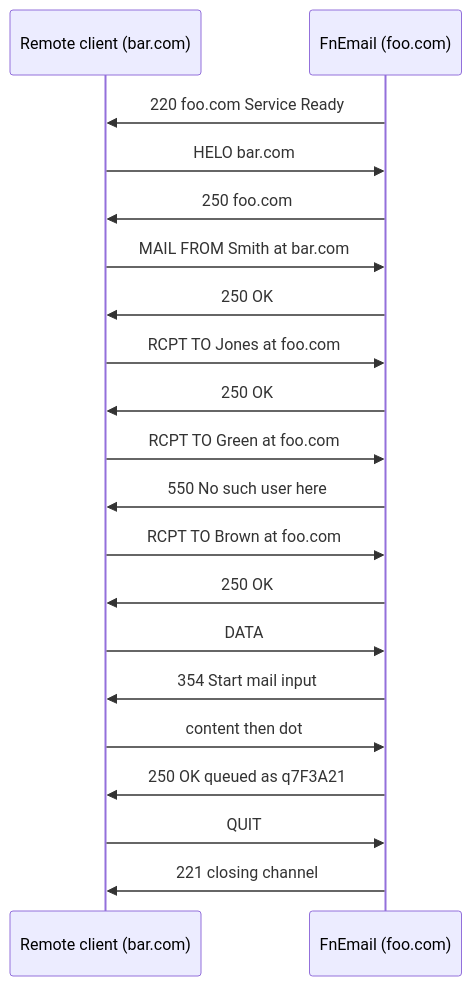
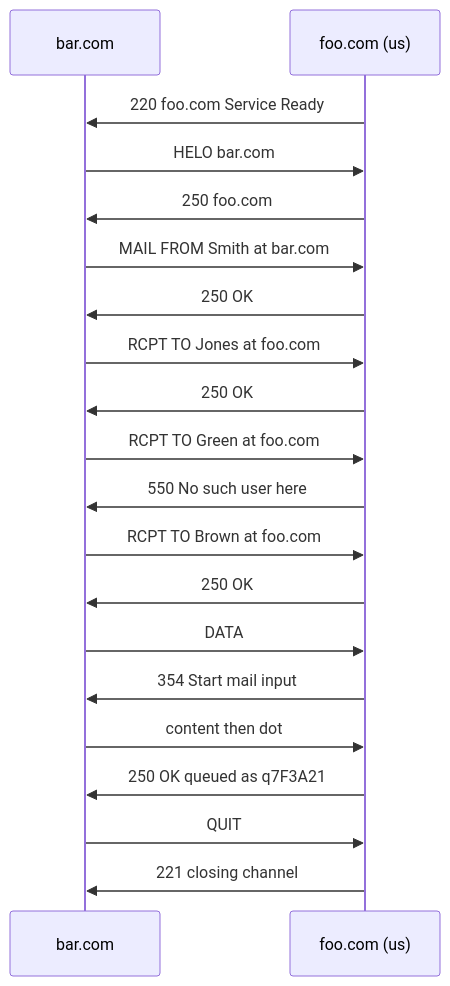
The eighth of 9 diagrams in docs/diagrams/README.md (IvanTheGeek/FnEmail-Model), drawn with Mermaid before and after one commit. The commit also changed other lines of this file, not shown here.

````diff
--- a/docs/diagrams/README.md
+++ b/docs/diagrams/README.md
@@ -267,22 +292,22 @@
 ```mermaid
 sequenceDiagram
-    participant C as Remote client (bar.com)
-    participant S as FnEmail (foo.com)
+    participant C as bar.com
+    participant S as foo.com (us)
     S->>C: 220 foo.com Service Ready
     C->>S: HELO bar.com
     S->>C: 250 foo.com
     C->>S: MAIL FROM Smith at bar.com
     S->>C: 250 OK
     C->>S: RCPT TO Jones at foo.com
     S->>C: 250 OK
     C->>S: RCPT TO Green at foo.com
     S->>C: 550 No such user here
     C->>S: RCPT TO Brown at foo.com
     S->>C: 250 OK
     C->>S: DATA
     S->>C: 354 Start mail input
     C->>S: content then dot
     S->>C: 250 OK queued as q7F3A21
     C->>S: QUIT
     S->>C: 221 closing channel
 ```
````
